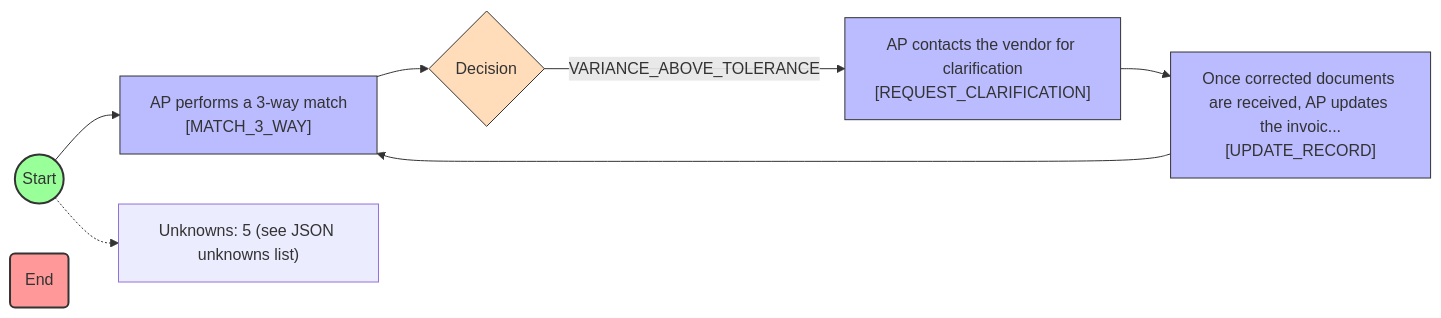
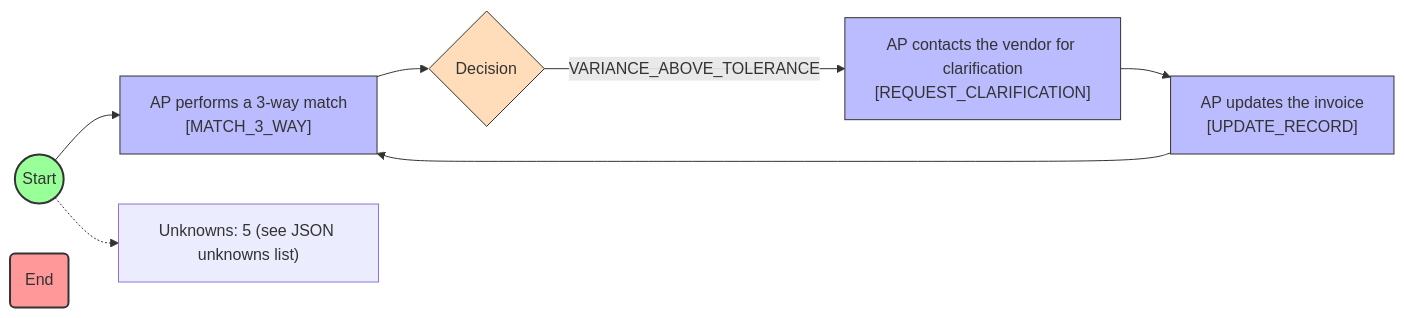
The diagram in outputs/ap_doc_003_auto.mmd (Trevmichi/process-extraction-kernel), drawn with Mermaid before and after one commit. The commit also changed 35 other files, not shown here.

```diff
--- a/outputs/ap_doc_003_auto.mmd
+++ b/outputs/ap_doc_003_auto.mmd
@@ -1,20 +1,20 @@
 flowchart LR
   n1((Start))
   n2["AP performs a 3-way match\n[MATCH_3_WAY]"]
   n3{"Decision\n<VARIANCE_ABOVE_TOLERANCE>"}
   n4["AP contacts the vendor for clarification\n[REQUEST_CLARIFICATION]"]
-  n5["Once corrected documents are received, AP updates the invoic...\n[UPDATE_RECORD]"]
+  n5["AP updates the invoice\n[UPDATE_RECORD]"]
   n7(End)
   n1 --> n2
   n2 --> n3
   n3 -->|VARIANCE_ABOVE_TOLERANCE| n4
   n4 --> n5
   n5 --> n2
   U_NOTE["Unknowns: 5 (see JSON unknowns list)"]
   n1 -.-> U_NOTE
   style n1 fill:#9f9,stroke:#333,stroke-width:2px
   style n2 fill:#bbf,stroke:#333,stroke-width:1px
   style n3 fill:#fdb,stroke:#333,stroke-width:1px
   style n4 fill:#bbf,stroke:#333,stroke-width:1px
   style n5 fill:#bbf,stroke:#333,stroke-width:1px
   style n7 fill:#f99,stroke:#333,stroke-width:2px
```
